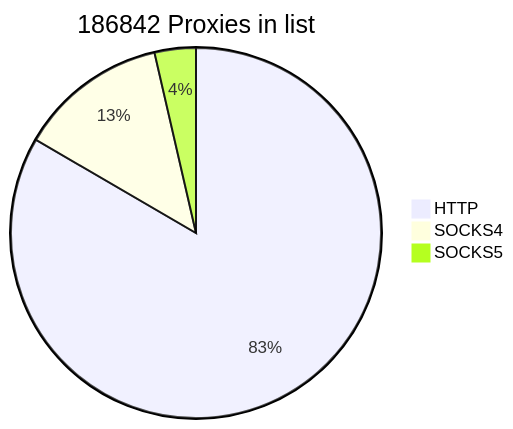
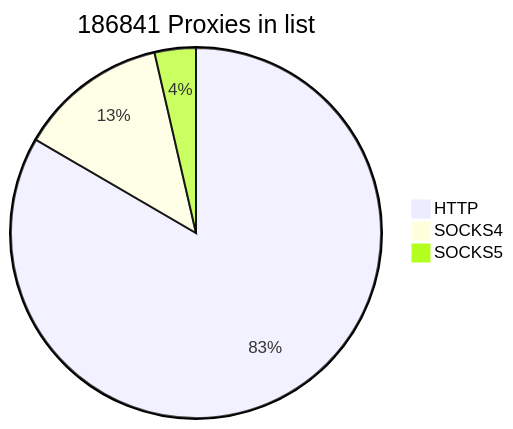
Before and after one commit to cutipu/proxylist: the first of 2 diagrams in README.md, drawn with Mermaid. The commit also changed other lines of this file, not shown here.

````diff
--- a/README.md
+++ b/README.md
@@ -2,7 +2,7 @@
 ```mermaid
-pie title 186842 Proxies in list
+pie title 186841 Proxies in list
     "HTTP" : 155797
-    "SOCKS4" : 24316
+    "SOCKS4" : 24315
     "SOCKS5" : 6729
             
 ```
````
